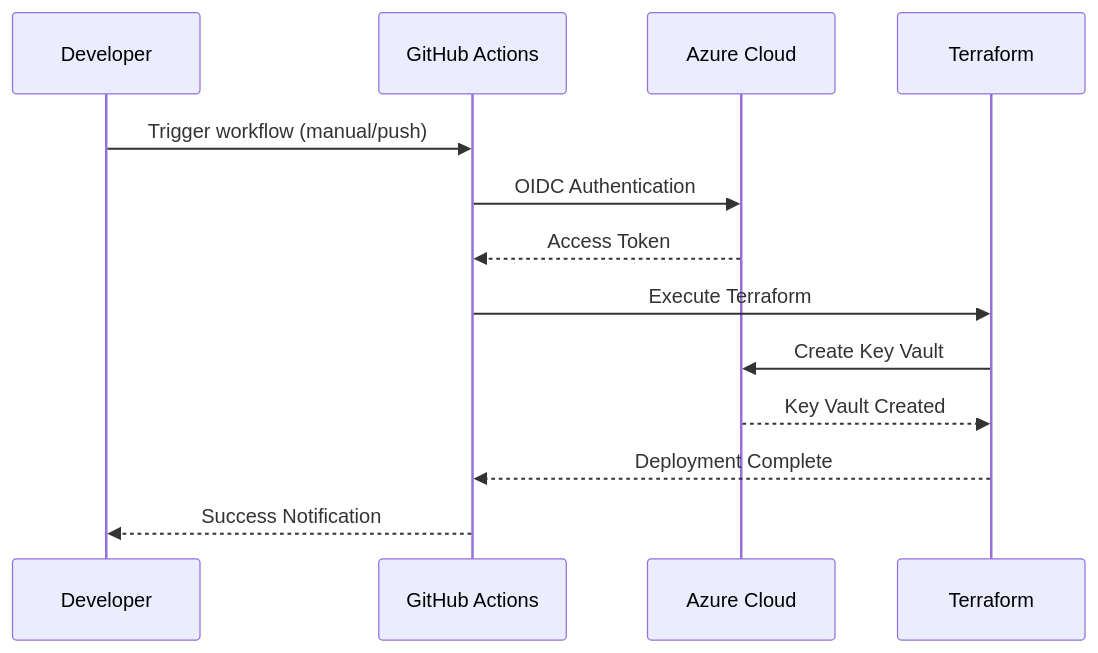
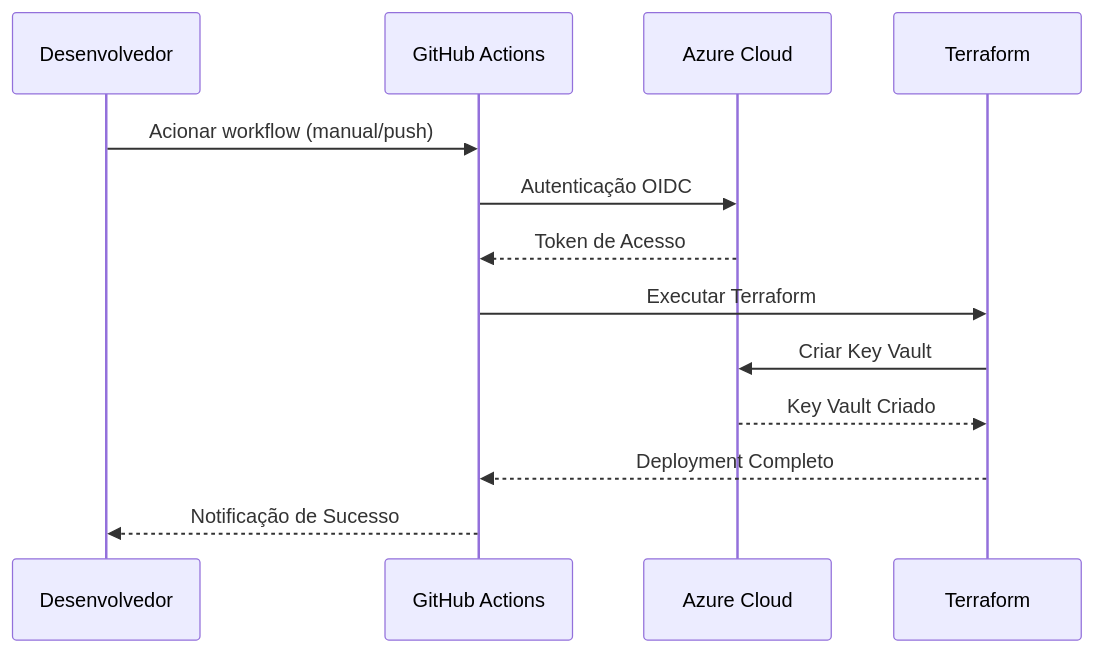
Before and after one commit to toolbox-tech/embracon: the second of 3 diagrams in Secret Management/SOLUTION-DIAGRAM.md, drawn with Mermaid. The commit also changed other lines of this file, not shown here.

Commit message:
docs(akv): translate solution diagram

````diff
--- a/Secret Management/SOLUTION-DIAGRAM.md
+++ b/Secret Management/SOLUTION-DIAGRAM.md
@@ -111,16 +111,16 @@
 ```mermaid
 sequenceDiagram
-    participant Dev as Developer
+    participant Dev as Desenvolvedor
     participant GH as GitHub Actions
     participant Azure as Azure Cloud
     participant TF as Terraform
 
-    Dev->>GH: Trigger workflow (manual/push)
-    GH->>Azure: OIDC Authentication
-    Azure-->>GH: Access Token
-    GH->>TF: Execute Terraform
-    TF->>Azure: Create Key Vault
-    Azure-->>TF: Key Vault Created
-    TF-->>GH: Deployment Complete
-    GH-->>Dev: Success Notification
+    Dev->>GH: Acionar workflow (manual/push)
+    GH->>Azure: Autenticação OIDC
+    Azure-->>GH: Token de Acesso
+    GH->>TF: Executar Terraform
+    TF->>Azure: Criar Key Vault
+    Azure-->>TF: Key Vault Criado
+    TF-->>GH: Deployment Completo
+    GH-->>Dev: Notificação de Sucesso
 ```
````
